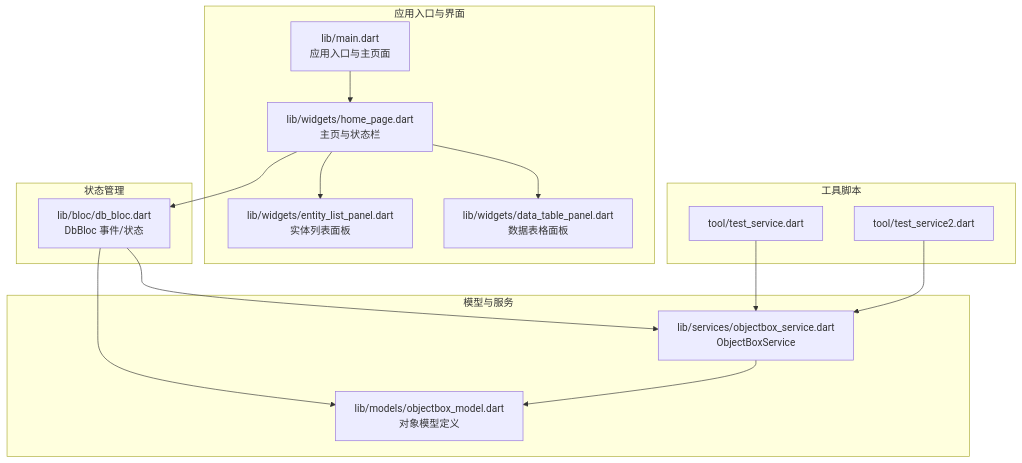
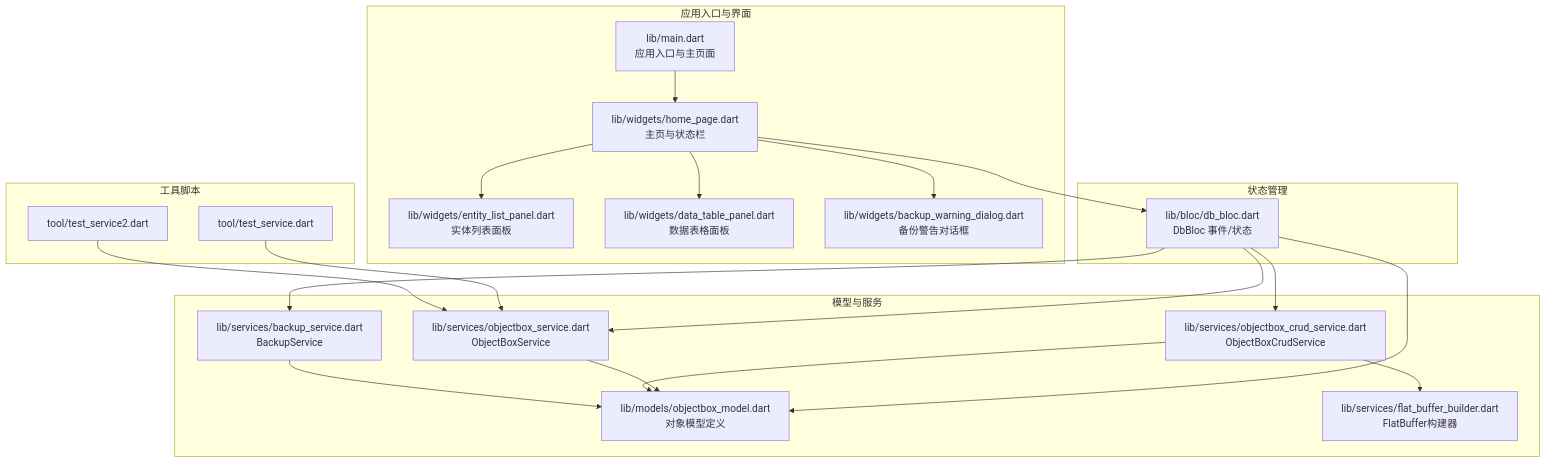
The first of 6 diagrams in .qoder/repowiki/zh/content/核心功能/数据库管理.md (kongpf8848/objectbox_viewer), drawn with Mermaid before and after one commit. The commit also changed other lines of this file and 19 other files, not shown here.

````diff
--- a/.qoder/repowiki/zh/content/核心功能/数据库管理.md
+++ b/.qoder/repowiki/zh/content/核心功能/数据库管理.md
@@ -53,29 +64,39 @@
 ```mermaid
 graph TB
 subgraph "应用入口与界面"
 M["lib/main.dart<br/>应用入口与主页面"]
 HP["lib/widgets/home_page.dart<br/>主页与状态栏"]
 EL["lib/widgets/entity_list_panel.dart<br/>实体列表面板"]
 DT["lib/widgets/data_table_panel.dart<br/>数据表格面板"]
+BW["lib/widgets/backup_warning_dialog.dart<br/>备份警告对话框"]
 end
 subgraph "状态管理"
 BLOC["lib/bloc/db_bloc.dart<br/>DbBloc 事件/状态"]
 end
 subgraph "模型与服务"
 MODEL["lib/models/objectbox_model.dart<br/>对象模型定义"]
 SVC["lib/services/objectbox_service.dart<br/>ObjectBoxService"]
+CRUD["lib/services/objectbox_crud_service.dart<br/>ObjectBoxCrudService"]
+BACKUP["lib/services/backup_service.dart<br/>BackupService"]
+FB["lib/services/flat_buffer_builder.dart<br/>FlatBuffer构建器"]
 end
 subgraph "工具脚本"
 T1["tool/test_service.dart"]
 T2["tool/test_service2.dart"]
 end
 M --> HP
 HP --> EL
 HP --> DT
+HP --> BW
 HP --> BLOC
 BLOC --> SVC
+BLOC --> CRUD
+BLOC --> BACKUP
 BLOC --> MODEL
 SVC --> MODEL
+CRUD --> MODEL
+CRUD --> FB
+BACKUP --> MODEL
 T1 --> SVC
 T2 --> SVC
 ```
````
